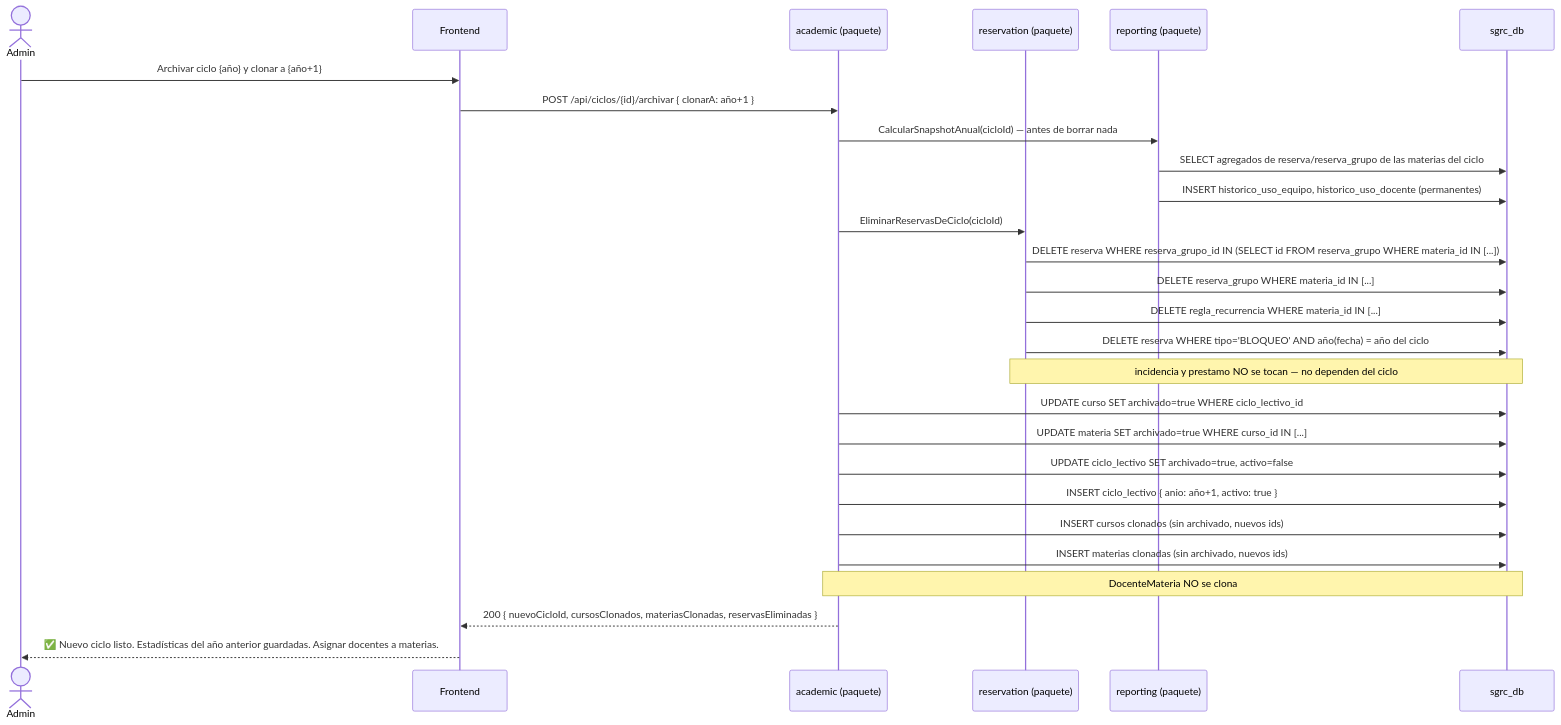
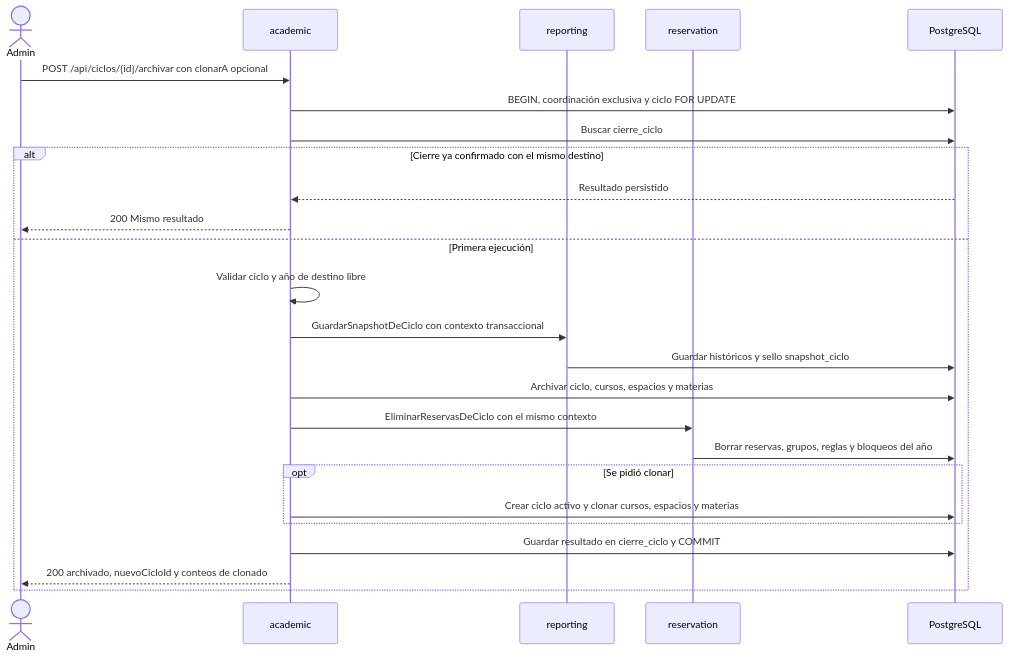
Before and after one commit to agustin-y2k/sgrc: diagram 11 of 15 in docs/04-diagramas-secuencia.md, drawn with Mermaid. The commit also changed other lines of this file and 14 other files, not shown here.

````diff
--- a/docs/04-diagramas-secuencia.md
+++ b/docs/04-diagramas-secuencia.md
@@ -334,30 +340,27 @@
 ```mermaid
 sequenceDiagram
-    actor ADM as Admin
-    participant FE as Frontend
-    participant ACAD as academic (paquete)
-    participant RES as reservation (paquete)
-    participant REP as reporting (paquete)
-    participant DB as sgrc_db
-
-    ADM->>FE: Archivar ciclo {año} y clonar a {año+1}
-    FE->>ACAD: POST /api/ciclos/{id}/archivar { clonarA: año+1 }
-    ACAD->>REP: CalcularSnapshotAnual(cicloId) — antes de borrar nada
-    REP->>DB: SELECT agregados de reserva/reserva_grupo de las materias del ciclo
-    REP->>DB: INSERT historico_uso_equipo, historico_uso_docente (permanentes)
-    ACAD->>RES: EliminarReservasDeCiclo(cicloId)
-    RES->>DB: DELETE reserva WHERE reserva_grupo_id IN (SELECT id FROM reserva_grupo WHERE materia_id IN [...])
-    RES->>DB: DELETE reserva_grupo WHERE materia_id IN [...]
-    RES->>DB: DELETE regla_recurrencia WHERE materia_id IN [...]
-    RES->>DB: DELETE reserva WHERE tipo='BLOQUEO' AND año(fecha) = año del ciclo
-    Note over RES,DB: incidencia y prestamo NO se tocan — no dependen del ciclo
-    ACAD->>DB: UPDATE curso SET archivado=true WHERE ciclo_lectivo_id
-    ACAD->>DB: UPDATE materia SET archivado=true WHERE curso_id IN [...]
-    ACAD->>DB: UPDATE ciclo_lectivo SET archivado=true, activo=false
-    ACAD->>DB: INSERT ciclo_lectivo { anio: año+1, activo: true }
-    ACAD->>DB: INSERT cursos clonados (sin archivado, nuevos ids)
-    ACAD->>DB: INSERT materias clonadas (sin archivado, nuevos ids)
-    Note over ACAD,DB: DocenteMateria NO se clona
-    ACAD-->>FE: 200 { nuevoCicloId, cursosClonados, materiasClonadas, reservasEliminadas }
-    FE-->>ADM: ✅ Nuevo ciclo listo. Estadísticas del año anterior guardadas. Asignar docentes a materias.
+    actor A as Admin
+    participant AC as academic
+    participant RP as reporting
+    participant RS as reservation
+    participant DB as PostgreSQL
+    A->>AC: POST /api/ciclos/{id}/archivar con clonarA opcional
+    AC->>DB: BEGIN, coordinación exclusiva y ciclo FOR UPDATE
+    AC->>DB: Buscar cierre_ciclo
+    alt Cierre ya confirmado con el mismo destino
+        DB-->>AC: Resultado persistido
+        AC-->>A: 200 Mismo resultado
+    else Primera ejecución
+        AC->>AC: Validar ciclo y año de destino libre
+        AC->>RP: GuardarSnapshotDeCiclo con contexto transaccional
+        RP->>DB: Guardar históricos y sello snapshot_ciclo
+        AC->>DB: Archivar ciclo, cursos, espacios y materias
+        AC->>RS: EliminarReservasDeCiclo con el mismo contexto
+        RS->>DB: Borrar reservas, grupos, reglas y bloqueos del año
+        opt Se pidió clonar
+            AC->>DB: Crear ciclo activo y clonar cursos, espacios y materias
+        end
+        AC->>DB: Guardar resultado en cierre_ciclo y COMMIT
+        AC-->>A: 200 archivado, nuevoCicloId y conteos de clonado
+    end
 ```
````
